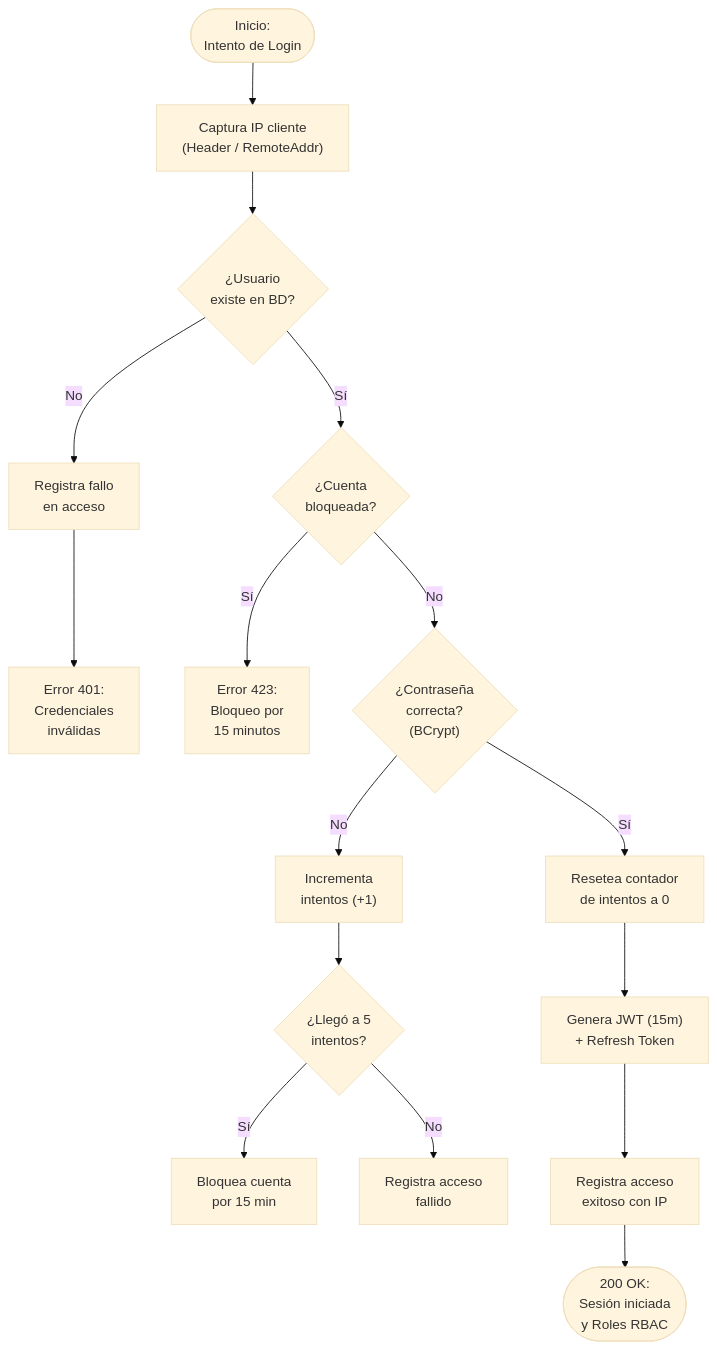
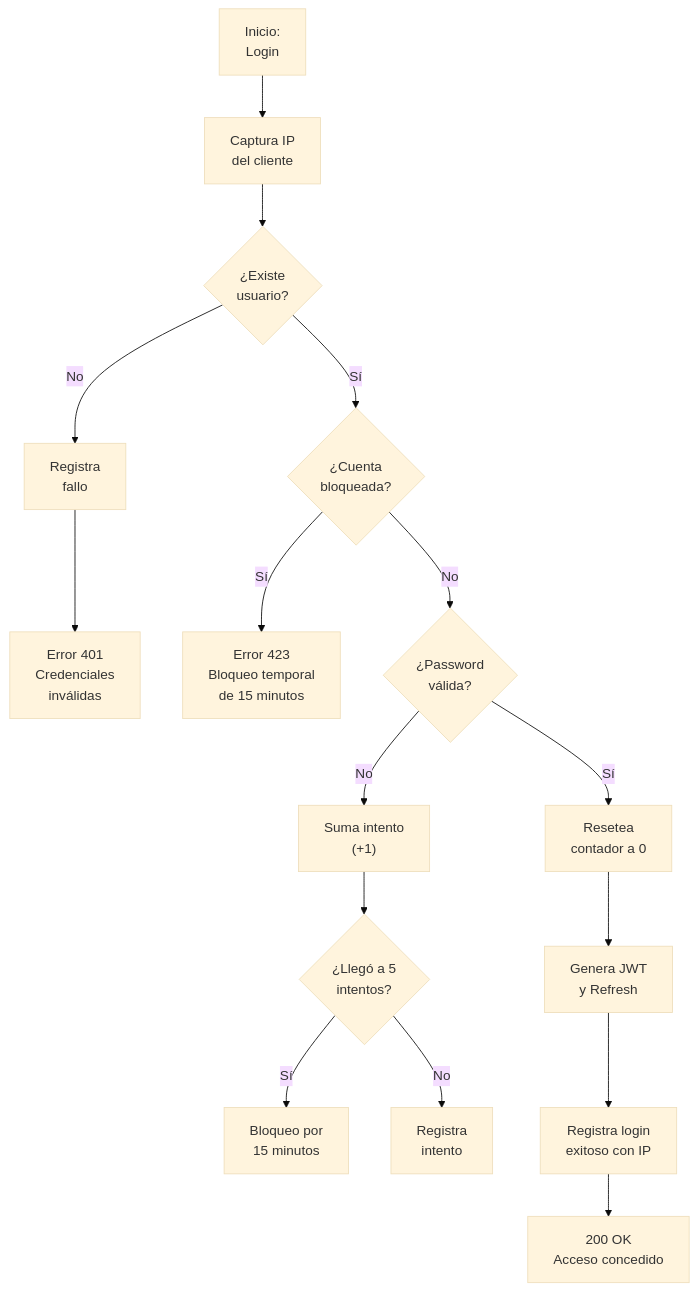
One commit to MrCarlos17A/TechZone changed the third of 3 diagrams in README.md. Above: the diagram before and after it, drawn with Mermaid (base theme). The commit also changed other lines of this file, not shown here.

Commit message:
style(docs): ajustar etiquetas compactas para visualizacion perfecta en GitHub Mermaid

````diff
--- a/README.md
+++ b/README.md
@@ -134,21 +134,21 @@
 ```mermaid
 flowchart TD
-    START(["Inicio:<br/>Intento de Login"]) --> CAPTURA["Captura IP cliente<br/>(Header / RemoteAddr)"]
-    CAPTURA --> BUSCA{"¿Usuario<br/>existe en BD?"}
+    START["Inicio:<br/>Login"] --> CAPTURA["Captura IP<br/>del cliente"]
+    CAPTURA --> BUSCA{"¿Existe<br/>usuario?"}
     
-    BUSCA -- No --> LOG_FAIL1["Registra fallo<br/>en acceso"] --> RET_401["Error 401:<br/>Credenciales<br/>inválidas"]
+    BUSCA -- No --> LOG_FAIL1["Registra<br/>fallo"] --> RET_401["Error 401<br/>Credenciales<br/>inválidas"]
     
     BUSCA -- Sí --> CHECK_LOCK{"¿Cuenta<br/>bloqueada?"}
-    CHECK_LOCK -- Sí --> RET_423["Error 423:<br/>Bloqueo por<br/>15 minutos"]
+    CHECK_LOCK -- Sí --> RET_423["Error 423<br/>Bloqueo temporal<br/>de 15 minutos"]
     
-    CHECK_LOCK -- No --> PASS{"¿Contraseña<br/>correcta?<br/>(BCrypt)"}
-    PASS -- No --> INC_FAIL["Incrementa<br/>intentos (+1)"]
+    CHECK_LOCK -- No --> PASS{"¿Password<br/>válida?"}
+    PASS -- No --> INC_FAIL["Suma intento<br/>(+1)"]
     INC_FAIL --> REACH_LIMIT{"¿Llegó a 5<br/>intentos?"}
-    REACH_LIMIT -- Sí --> LOCK_USER["Bloquea cuenta<br/>por 15 min"]
-    REACH_LIMIT -- No --> LOG_FAIL2["Registra acceso<br/>fallido"]
+    REACH_LIMIT -- Sí --> LOCK_USER["Bloqueo por<br/>15 minutos"]
+    REACH_LIMIT -- No --> LOG_FAIL2["Registra<br/>intento"]
     
-    PASS -- Sí --> RESET["Resetea contador<br/>de intentos a 0"]
-    RESET --> GEN_JWT["Genera JWT (15m)<br/>+ Refresh Token"]
-    GEN_JWT --> LOG_OK["Registra acceso<br/>exitoso con IP"]
-    LOG_OK --> SEND_TOKEN(["200 OK:<br/>Sesión iniciada<br/>y Roles RBAC"])
+    PASS -- Sí --> RESET["Resetea<br/>contador a 0"]
+    RESET --> GEN_JWT["Genera JWT<br/>y Refresh"]
+    GEN_JWT --> LOG_OK["Registra login<br/>exitoso con IP"]
+    LOG_OK --> SEND_TOKEN["200 OK<br/>Acceso concedido"]
 ```
````
